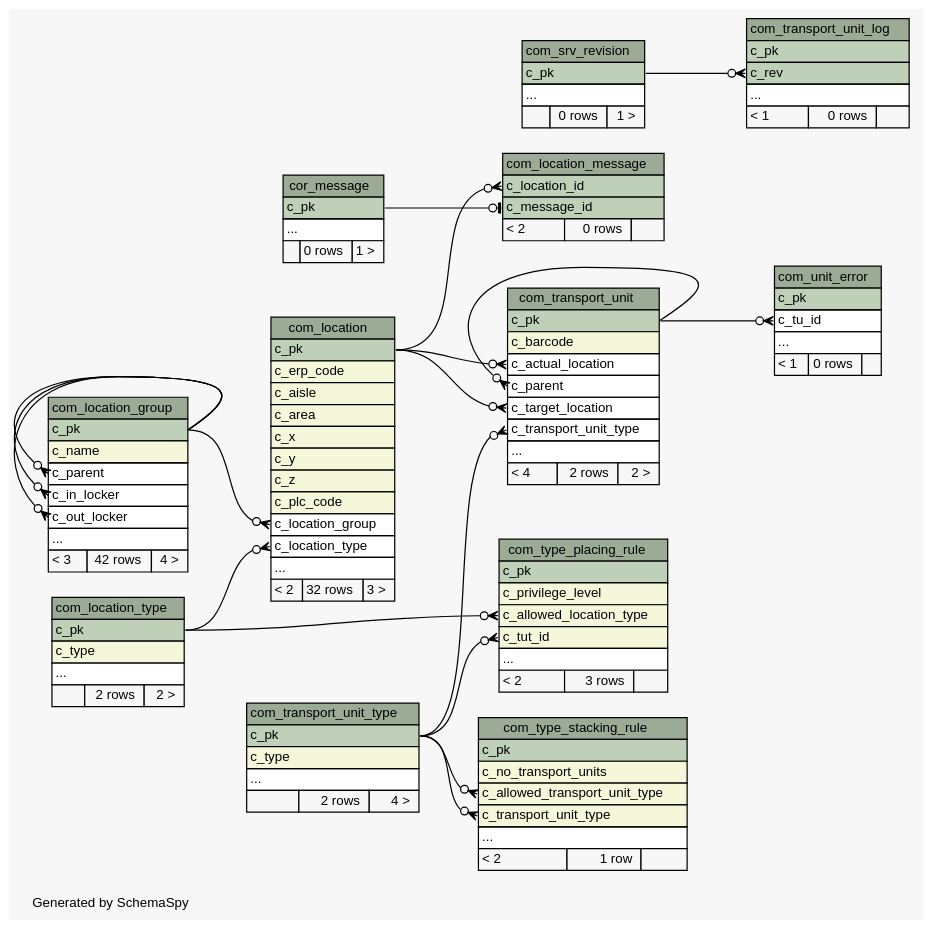
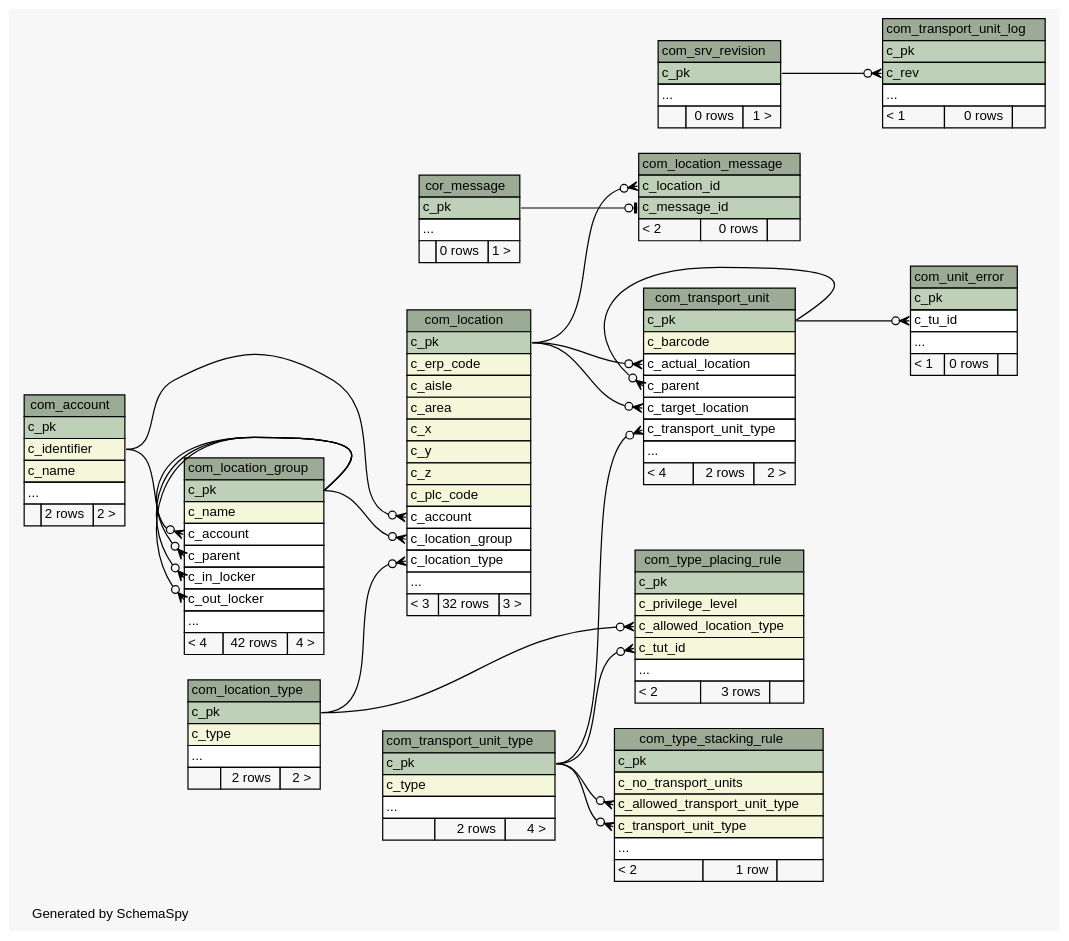
The diagram in schemaspy/diagrams/summary/relationships.real.compact.dot (openwms/org.openwms.common.service.lib), drawn with Graphviz before and after one commit. The commit also changed 516 other files, not shown here.

```diff
--- a/schemaspy/diagrams/summary/relationships.real.compact.dot
+++ b/schemaspy/diagrams/summary/relationships.real.compact.dot
@@ -19,6 +19,19 @@
   edge [
     arrowsize="0.8"
   ];
+  "com_account" [
+    label=<
+    <TABLE BORDER="0" CELLBORDER="1" CELLSPACING="0" BGCOLOR="#ffffff">
+      <TR><TD COLSPAN="3" BGCOLOR="#9bab96" ALIGN="CENTER">com_account</TD></TR>
+      <TR><TD PORT="c_pk" COLSPAN="3" BGCOLOR="#bed1b8" ALIGN="LEFT">c_pk</TD></TR>
+      <TR><TD PORT="c_identifier" COLSPAN="3" BGCOLOR="#f4f7da" ALIGN="LEFT">c_identifier</TD></TR>
+      <TR><TD PORT="c_name" COLSPAN="3" BGCOLOR="#f4f7da" ALIGN="LEFT">c_name</TD></TR>
+      <TR><TD PORT="elipses" COLSPAN="3" ALIGN="LEFT">...</TD></TR>
+      <TR><TD ALIGN="LEFT" BGCOLOR="#f7f7f7">  </TD><TD ALIGN="RIGHT" BGCOLOR="#f7f7f7">2 rows</TD><TD ALIGN="RIGHT" BGCOLOR="#f7f7f7">2 &gt;</TD></TR>
+    </TABLE>>
+    URL="tables/com_account.html"
+    tooltip="com_account"
+  ];
   "com_location" [
     label=<
     <TABLE BORDER="0" CELLBORDER="1" CELLSPACING="0" BGCOLOR="#ffffff">
@@ -31,10 +44,11 @@
       <TR><TD PORT="c_y" COLSPAN="3" BGCOLOR="#f4f7da" ALIGN="LEFT">c_y</TD></TR>
       <TR><TD PORT="c_z" COLSPAN="3" BGCOLOR="#f4f7da" ALIGN="LEFT">c_z</TD></TR>
       <TR><TD PORT="c_plc_code" COLSPAN="3" BGCOLOR="#f4f7da" ALIGN="LEFT">c_plc_code</TD></TR>
+      <TR><TD PORT="c_account" COLSPAN="3" ALIGN="LEFT">c_account</TD></TR>
       <TR><TD PORT="c_location_group" COLSPAN="3" ALIGN="LEFT">c_location_group</TD></TR>
       <TR><TD PORT="c_location_type" COLSPAN="3" ALIGN="LEFT">c_location_type</TD></TR>
       <TR><TD PORT="elipses" COLSPAN="3" ALIGN="LEFT">...</TD></TR>
-      <TR><TD ALIGN="LEFT" BGCOLOR="#f7f7f7">&lt; 2</TD><TD ALIGN="RIGHT" BGCOLOR="#f7f7f7">32 rows</TD><TD ALIGN="RIGHT" BGCOLOR="#f7f7f7">3 &gt;</TD></TR>
+      <TR><TD ALIGN="LEFT" BGCOLOR="#f7f7f7">&lt; 3</TD><TD ALIGN="RIGHT" BGCOLOR="#f7f7f7">32 rows</TD><TD ALIGN="RIGHT" BGCOLOR="#f7f7f7">3 &gt;</TD></TR>
     </TABLE>>
     URL="tables/com_location.html"
     tooltip="com_location"
@@ -45,11 +59,12 @@
       <TR><TD COLSPAN="3" BGCOLOR="#9bab96" ALIGN="CENTER">com_location_group</TD></TR>
       <TR><TD PORT="c_pk" COLSPAN="3" BGCOLOR="#bed1b8" ALIGN="LEFT">c_pk</TD></TR>
       <TR><TD PORT="c_name" COLSPAN="3" BGCOLOR="#f4f7da" ALIGN="LEFT">c_name</TD></TR>
+      <TR><TD PORT="c_account" COLSPAN="3" ALIGN="LEFT">c_account</TD></TR>
       <TR><TD PORT="c_parent" COLSPAN="3" ALIGN="LEFT">c_parent</TD></TR>
       <TR><TD PORT="c_in_locker" COLSPAN="3" ALIGN="LEFT">c_in_locker</TD></TR>
       <TR><TD PORT="c_out_locker" COLSPAN="3" ALIGN="LEFT">c_out_locker</TD></TR>
       <TR><TD PORT="elipses" COLSPAN="3" ALIGN="LEFT">...</TD></TR>
-      <TR><TD ALIGN="LEFT" BGCOLOR="#f7f7f7">&lt; 3</TD><TD ALIGN="RIGHT" BGCOLOR="#f7f7f7">42 rows</TD><TD ALIGN="RIGHT" BGCOLOR="#f7f7f7">4 &gt;</TD></TR>
+      <TR><TD ALIGN="LEFT" BGCOLOR="#f7f7f7">&lt; 4</TD><TD ALIGN="RIGHT" BGCOLOR="#f7f7f7">42 rows</TD><TD ALIGN="RIGHT" BGCOLOR="#f7f7f7">4 &gt;</TD></TR>
     </TABLE>>
     URL="tables/com_location_group.html"
     tooltip="com_location_group"
@@ -179,8 +194,10 @@
     URL="tables/cor_message.html"
     tooltip="cor_message"
   ];
+  "com_location":"c_account":w -> "com_account":"c_identifier":e [arrowhead=none dir=back arrowtail=crowodot];
   "com_location":"c_location_group":w -> "com_location_group":"c_pk":e [arrowhead=none dir=back arrowtail=crowodot];
   "com_location":"c_location_type":w -> "com_location_type":"c_pk":e [arrowhead=none dir=back arrowtail=crowodot];
+  "com_location_group":"c_account":w -> "com_account":"c_identifier":e [arrowhead=none dir=back arrowtail=crowodot];
   "com_location_group":"c_in_locker":w -> "com_location_group":"c_pk":e [arrowhead=none dir=back arrowtail=crowodot];
   "com_location_group":"c_out_locker":w -> "com_location_group":"c_pk":e [arrowhead=none dir=back arrowtail=crowodot];
   "com_location_group":"c_parent":w -> "com_location_group":"c_pk":e [arrowhead=none dir=back arrowtail=crowodot];
```
